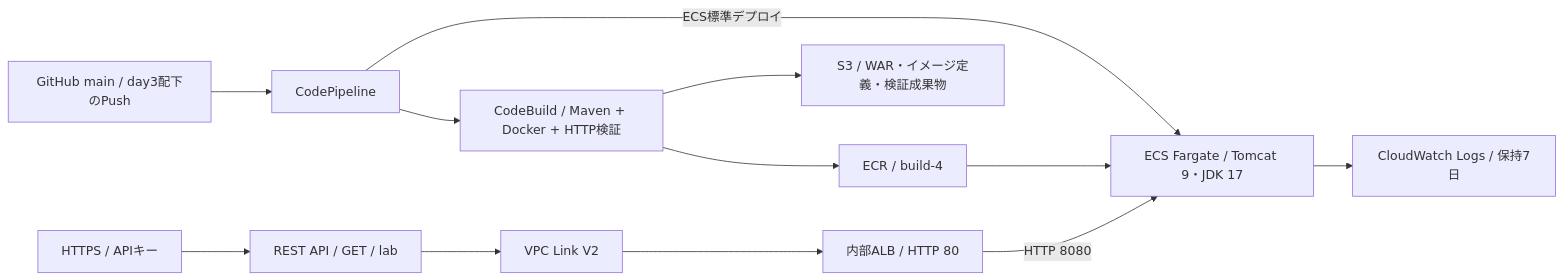
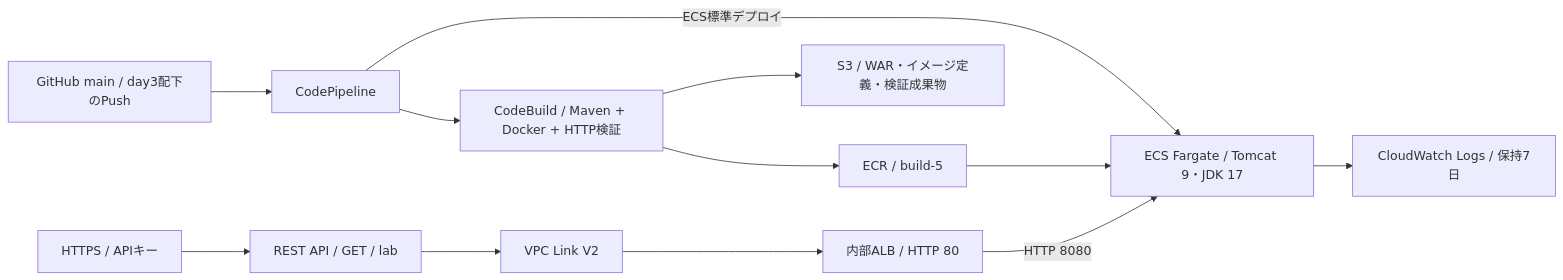
Before and after one commit to mika-it-labs/aws-infrastructure-devops-portfolio: the diagram in docs/day3-console.md, drawn with Mermaid. The commit also changed other lines of this file, not shown here.

Commit message:
docs: align build number with the verified CodeBuild console result

````diff
--- a/docs/day3-console.md
+++ b/docs/day3-console.md
@@ -27,14 +27,14 @@
 ```mermaid
 flowchart LR
   GitHub[GitHub main / day3配下のPush] --> CP[CodePipeline]
   CP --> Build[CodeBuild / Maven + Docker + HTTP検証]
-  Build --> ECR[ECR / build-4]
+  Build --> ECR[ECR / build-5]
   Build --> S3[S3 / WAR・イメージ定義・検証成果物]
   CP -->|ECS標準デプロイ| ECS[ECS Fargate / Tomcat 9・JDK 17]
   ECR --> ECS
   Client[HTTPS / APIキー] --> API[REST API / GET / lab]
   API --> Link[VPC Link V2]
   Link --> ALB[内部ALB / HTTP 80]
   ALB -->|HTTP 8080| ECS
   ECS --> Logs[CloudWatch Logs / 保持7日]
 ```
````
